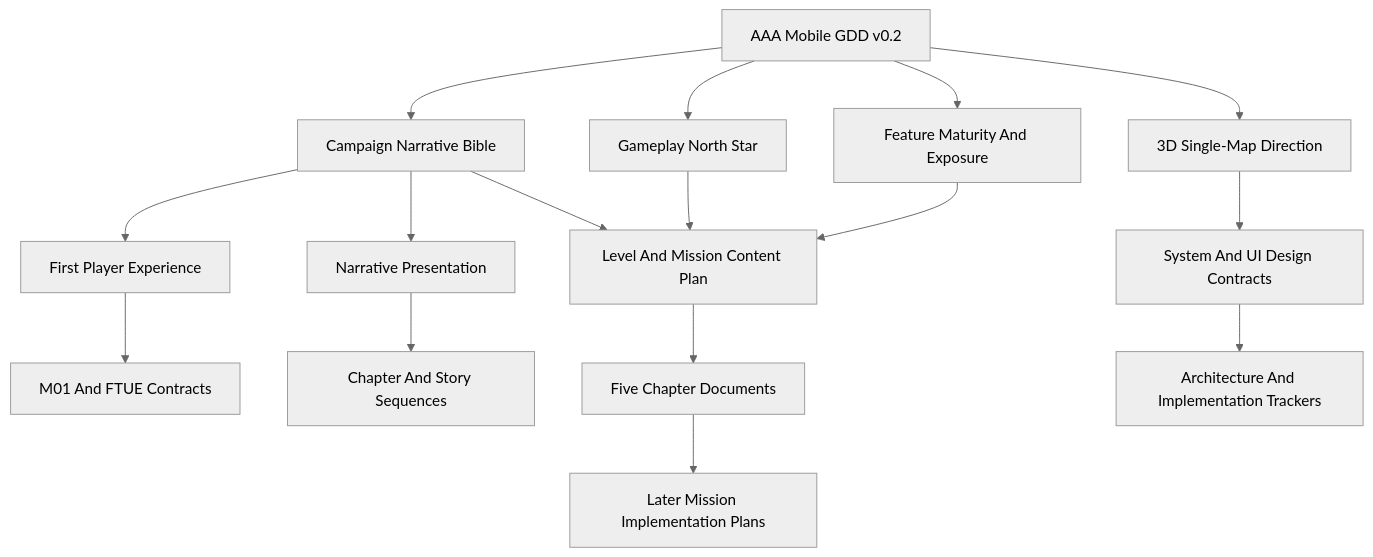
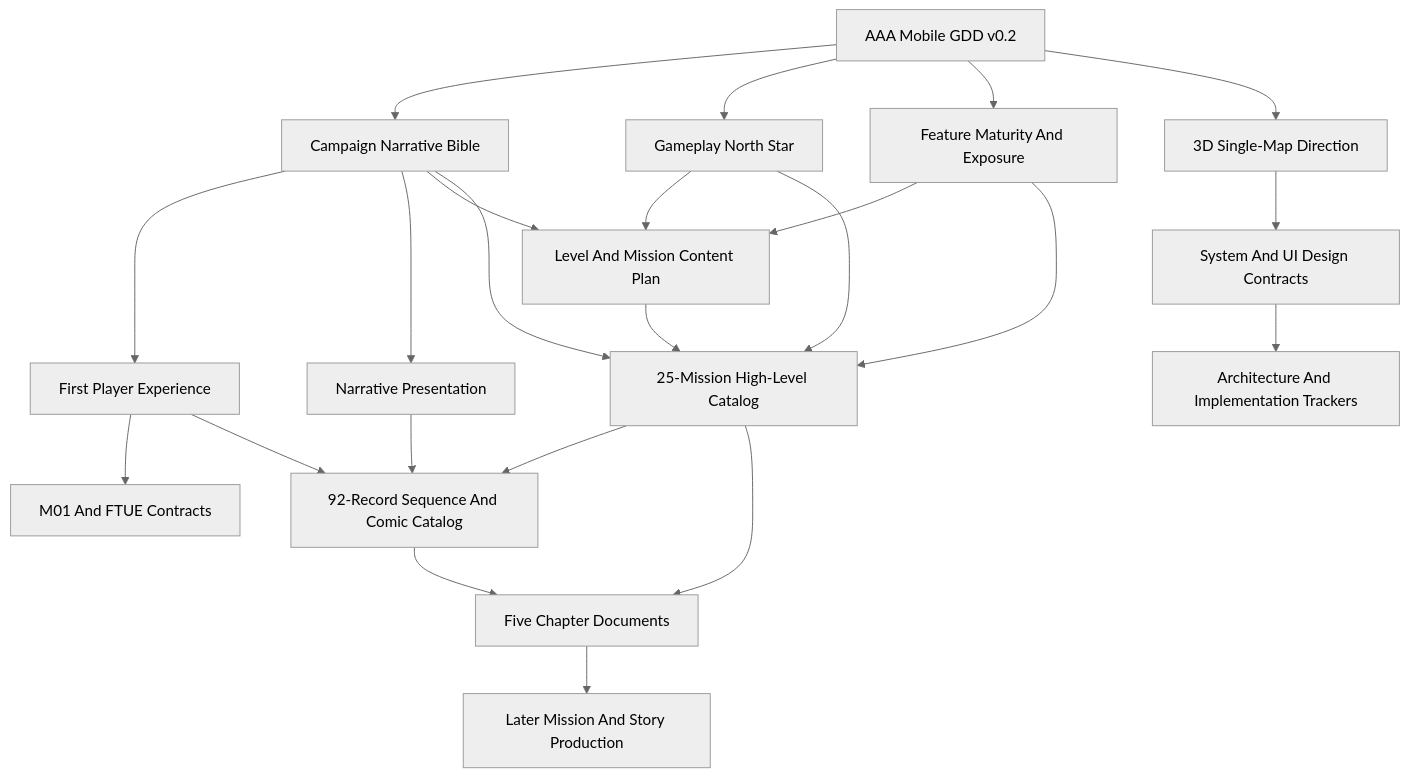
One commit to farhad2na2/WarlineCapture changed the first of 2 diagrams in README.md. Above: the diagram before and after it, drawn with Mermaid (neutral theme). The commit also changed other lines of this file and 17 other files, not shown here.

Commit message:
Complete campaign story and mission design

````diff
--- a/README.md
+++ b/README.md
@@ -134,18 +145,25 @@
 ```mermaid
 flowchart TD
     A["AAA Mobile GDD v0.2"] --> B["Campaign Narrative Bible"]
     A --> C["Gameplay North Star"]
     B --> D["First Player Experience"]
     B --> E["Narrative Presentation"]
     A --> F["Feature Maturity And Exposure"]
     C --> G["Level And Mission Content Plan"]
     F --> G
     B --> G
     D --> H["M01 And FTUE Contracts"]
-    E --> I["Chapter And Story Sequences"]
-    G --> J["Five Chapter Documents"]
-    J --> K["Later Mission Implementation Plans"]
+    B --> I["25-Mission High-Level Catalog"]
+    C --> I
+    F --> I
+    G --> I
+    D --> J["92-Record Sequence And Comic Catalog"]
+    E --> J
+    I --> J
+    I --> K["Five Chapter Documents"]
+    J --> K
+    K --> O["Later Mission And Story Production"]
     A --> L["3D Single-Map Direction"]
     L --> M["System And UI Design Contracts"]
     M --> N["Architecture And Implementation Trackers"]
 ```
````
